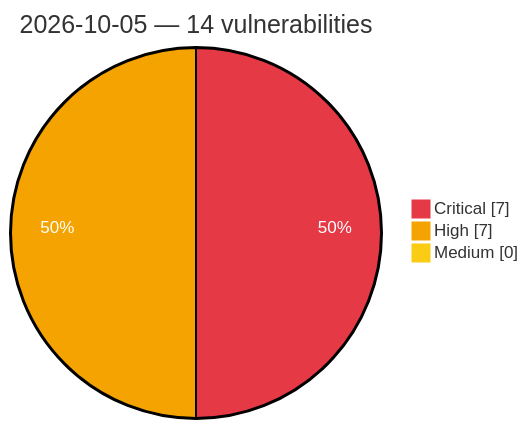
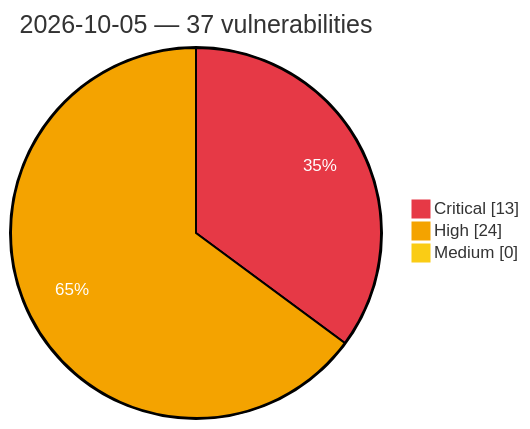
One commit to GhostX0X/vuln-tracker changed the diagram in vulnerabilities/2026/October/2026-10-05.md. Above: the diagram before and after it, drawn with Mermaid. The commit also changed other lines of this file and 5 other files, not shown here.

Commit message:
Auto update: critical/high vulns (2026-10-05 19:46 UTC)

````diff
--- a/vulnerabilities/2026/October/2026-10-05.md
+++ b/vulnerabilities/2026/October/2026-10-05.md
@@ -3,8 +3,8 @@
 ```mermaid
 %%{init: {'theme':'base', 'themeVariables': {'pie1':'#e63946', 'pie2':'#f4a300', 'pie3':'#facc15', 'pieOpacity':'1', 'pieOuterStrokeWidth':'2px', 'pieSectionTextColor':'#ffffff'}}}%%
 pie showData
-    title 2026-10-05 — 14 vulnerabilities
-    "Critical" : 7
-    "High" : 7
+    title 2026-10-05 — 37 vulnerabilities
+    "Critical" : 13
+    "High" : 24
     "Medium" : 0
 ```
````
